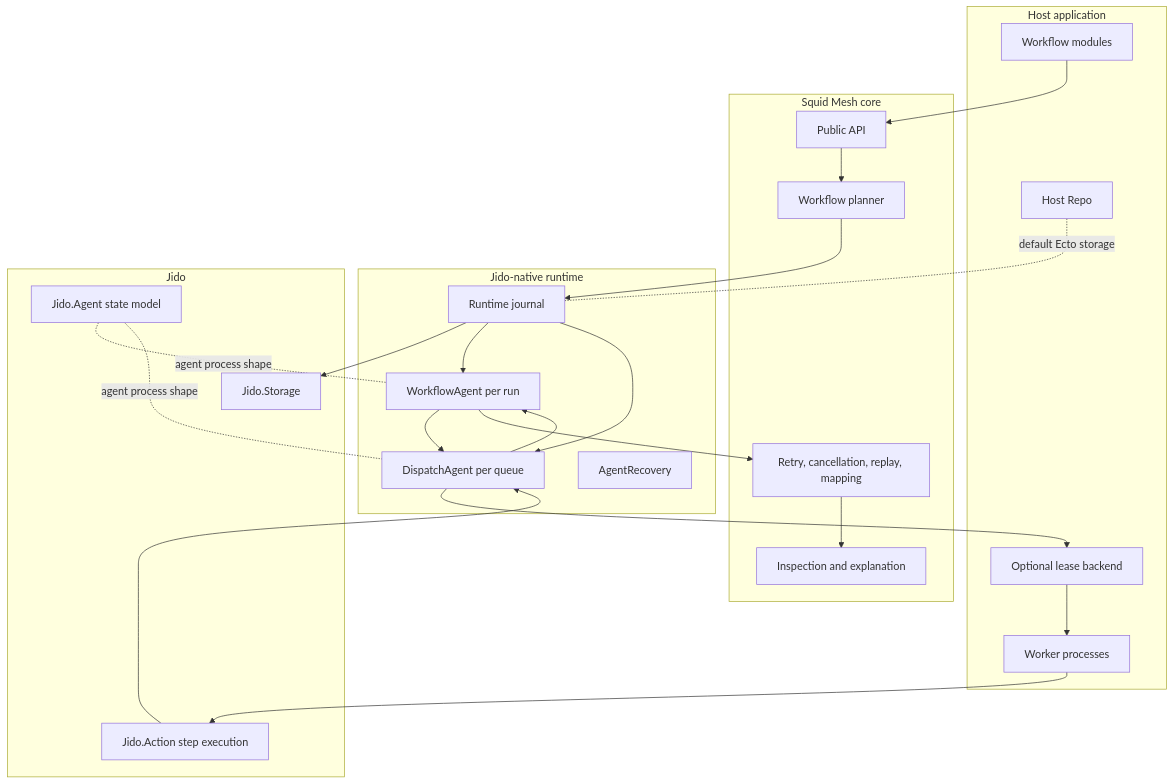
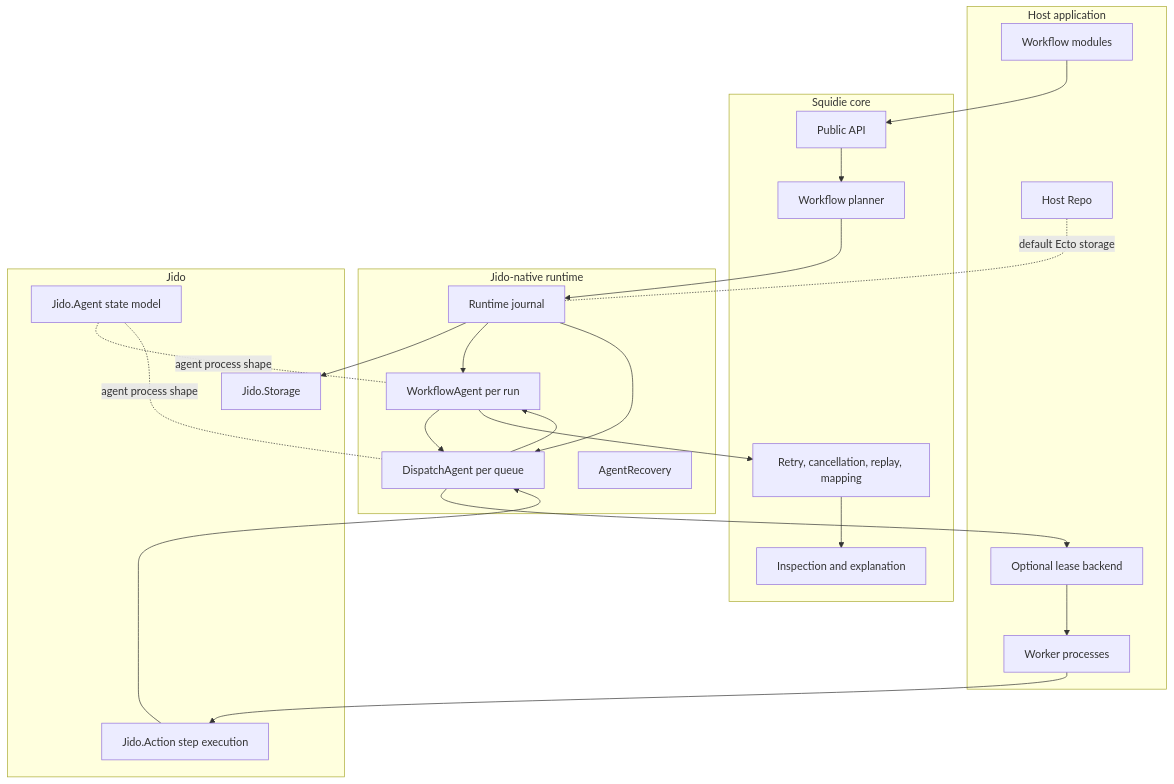
Before and after one commit to agentjido/jizoku: the first of 12 diagrams in docs/jido_runtime_architecture.md, drawn with Mermaid. The commit also changed other lines of this file and 383 other files, not shown here.

First line of the commit message:
chore: rebrand squid mesh to squidie

````diff
--- a/docs/jido_runtime_architecture.md
+++ b/docs/jido_runtime_architecture.md
@@ -28,47 +28,47 @@
 ```mermaid
 flowchart TB
     subgraph HostApp[Host application]
         Workflow[Workflow modules]
         Repo[Host Repo]
         Backend[Optional lease backend]
         Workers[Worker processes]
     end
 
-    subgraph Core[Squid Mesh core]
+    subgraph Core[Squidie core]
         API[Public API]
         Planner[Workflow planner]
         Policies[Retry, cancellation, replay, mapping]
         Inspector[Inspection and explanation]
     end
 
     subgraph JidoRuntime[Jido-native runtime]
         Journal[Runtime journal]
         WorkflowAgent[WorkflowAgent per run]
         DispatchAgent[DispatchAgent per queue]
         Recovery[AgentRecovery]
     end
 
     subgraph Jido[Jido]
         Storage[Jido.Storage]
         Actions[Jido.Action step execution]
         AgentModel[Jido.Agent state model]
     end
 
     Workflow --> API
     API --> Planner
     Planner --> Journal
     Journal --> Storage
     Journal --> WorkflowAgent
     Journal --> DispatchAgent
     WorkflowAgent --> DispatchAgent
     DispatchAgent --> Backend
     Backend --> Workers
     Workers --> Actions
     Actions --> DispatchAgent
     DispatchAgent --> WorkflowAgent
     WorkflowAgent --> Policies
     Policies --> Inspector
     Repo -. default Ecto storage .- Journal
     AgentModel -. agent process shape .- WorkflowAgent
     AgentModel -. agent process shape .- DispatchAgent
 ```
````
